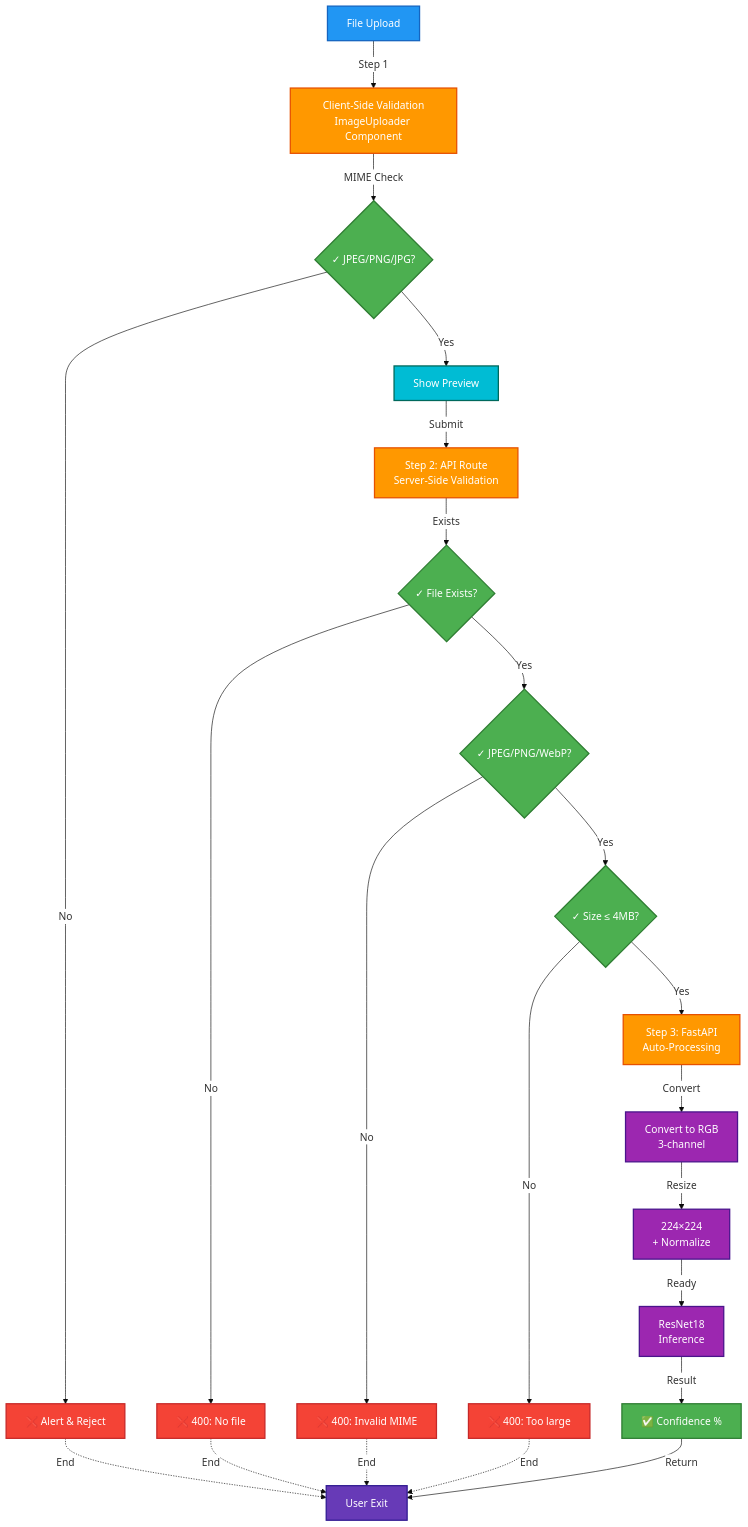
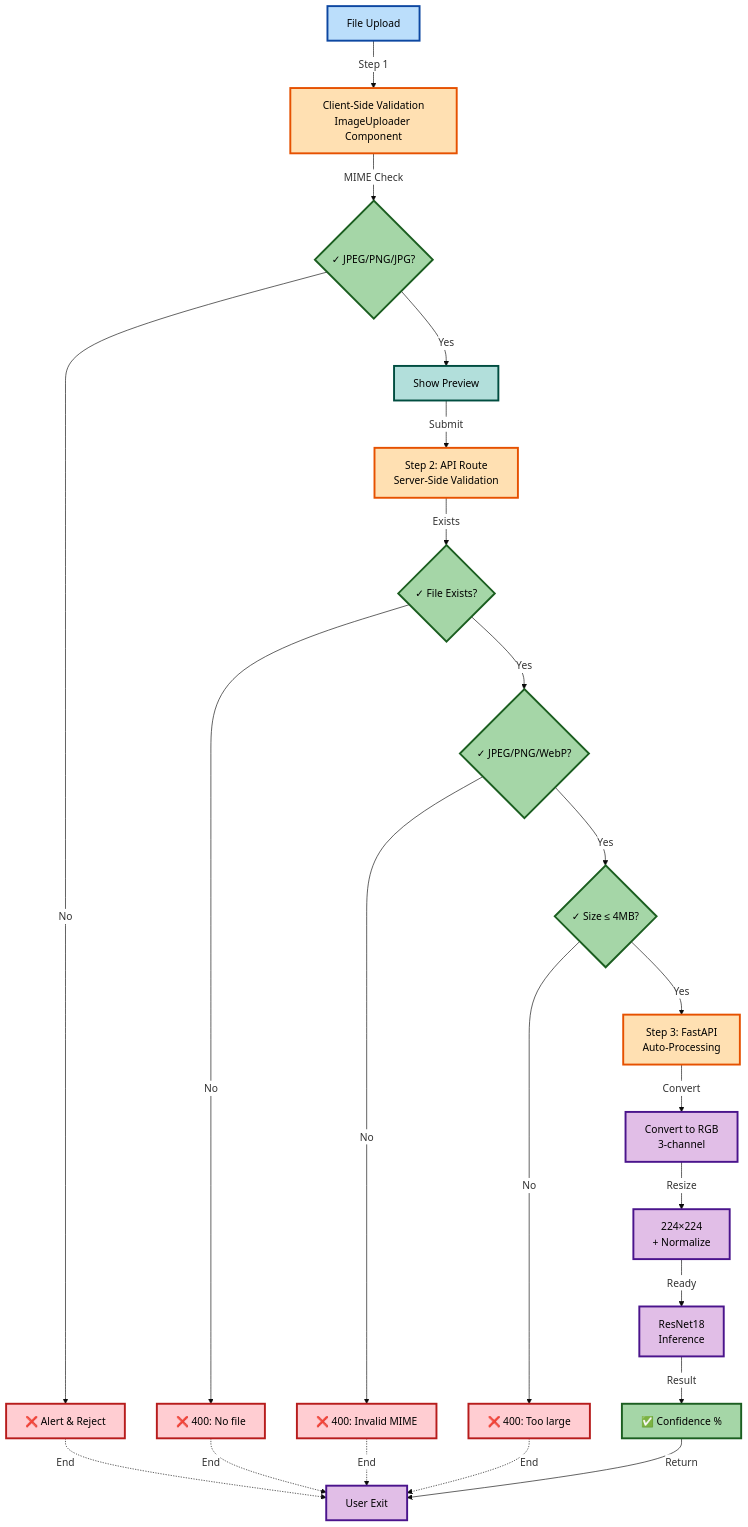
The fifth of 9 diagrams in DOCUMENTATION.md (itssmdsh/MediScan), drawn with Mermaid before and after one commit. The commit also changed other lines of this file, not shown here.

````diff
--- a/DOCUMENTATION.md
+++ b/DOCUMENTATION.md
@@ -417,50 +417,50 @@
 ```mermaid
 %%{init: {'theme': 'base', 'themeVariables': { 'primaryColor': '#fff', 'primaryBorderColor': '#000'}}}%%
 graph TD
     Upload["File Upload"] -->|Step 1| LocalValidate["Client-Side Validation<br/>ImageUploader Component"]
     LocalValidate -->|MIME Check| AllowedMIME1{"✓ JPEG/PNG/JPG?"}
     AllowedMIME1 -->|Yes| Preview["Show Preview"]
     AllowedMIME1 -->|No| Reject1["❌ Alert & Reject"]
     
     Preview -->|Submit| Step2["Step 2: API Route<br/>Server-Side Validation"]
     Reject1 -.->|End| User["User Exit"]
     
     Step2 -->|Exists| FileCheck{"✓ File Exists?"}
     FileCheck -->|No| Reject2["❌ 400: No file"]
     
     FileCheck -->|Yes| MIMECheck{"✓ JPEG/PNG/WebP?"}
     MIMECheck -->|No| Reject3["❌ 400: Invalid MIME"]
     
     MIMECheck -->|Yes| SizeCheck{"✓ Size ≤ 4MB?"}
     SizeCheck -->|No| Reject4["❌ 400: Too large"]
     
     SizeCheck -->|Yes| Step3["Step 3: FastAPI<br/>Auto-Processing"]
     Reject2 -.->|End| User
     Reject3 -.->|End| User
     Reject4 -.->|End| User
     
     Step3 -->|Convert| RGB["Convert to RGB<br/>3-channel"]
     RGB -->|Resize| Normalize["224×224<br/>+ Normalize"]
     Normalize -->|Ready| Model["ResNet18<br/>Inference"]
     Model -->|Result| Success["✅ Confidence %"]
     Success -->|Return| User
     
-    style AllowedMIME1 fill:#4caf50,stroke:#2e7d32,stroke-width:2px,color:#fff
-    style FileCheck fill:#4caf50,stroke:#2e7d32,stroke-width:2px,color:#fff
-    style MIMECheck fill:#4caf50,stroke:#2e7d32,stroke-width:2px,color:#fff
-    style SizeCheck fill:#4caf50,stroke:#2e7d32,stroke-width:2px,color:#fff
-    style Reject1 fill:#f44336,stroke:#c62828,stroke-width:2px,color:#fff
-    style Reject2 fill:#f44336,stroke:#c62828,stroke-width:2px,color:#fff
-    style Reject3 fill:#f44336,stroke:#c62828,stroke-width:2px,color:#fff
-    style Reject4 fill:#f44336,stroke:#c62828,stroke-width:2px,color:#fff
-    style Success fill:#4caf50,stroke:#2e7d32,stroke-width:2px,color:#fff
-    style Upload fill:#2196f3,stroke:#1565c0,stroke-width:2px,color:#fff
-    style LocalValidate fill:#ff9800,stroke:#e65100,stroke-width:2px,color:#fff
-    style Step2 fill:#ff9800,stroke:#e65100,stroke-width:2px,color:#fff
-    style Step3 fill:#ff9800,stroke:#e65100,stroke-width:2px,color:#fff
-    style Preview fill:#00bcd4,stroke:#00695c,stroke-width:2px,color:#fff
-    style RGB fill:#9c27b0,stroke:#4a148c,stroke-width:2px,color:#fff
-    style Normalize fill:#9c27b0,stroke:#4a148c,stroke-width:2px,color:#fff
-    style Model fill:#9c27b0,stroke:#4a148c,stroke-width:2px,color:#fff
-    style User fill:#673ab7,stroke:#311b92,stroke-width:2px,color:#fff
+    style AllowedMIME1 fill:#a5d6a7,stroke:#1b5e20,stroke-width:3px,color:#000
+    style FileCheck fill:#a5d6a7,stroke:#1b5e20,stroke-width:3px,color:#000
+    style MIMECheck fill:#a5d6a7,stroke:#1b5e20,stroke-width:3px,color:#000
+    style SizeCheck fill:#a5d6a7,stroke:#1b5e20,stroke-width:3px,color:#000
+    style Reject1 fill:#ffcdd2,stroke:#b71c1c,stroke-width:3px,color:#000
+    style Reject2 fill:#ffcdd2,stroke:#b71c1c,stroke-width:3px,color:#000
+    style Reject3 fill:#ffcdd2,stroke:#b71c1c,stroke-width:3px,color:#000
+    style Reject4 fill:#ffcdd2,stroke:#b71c1c,stroke-width:3px,color:#000
+    style Success fill:#a5d6a7,stroke:#1b5e20,stroke-width:3px,color:#000
+    style Upload fill:#bbdefb,stroke:#0d47a1,stroke-width:3px,color:#000
+    style LocalValidate fill:#ffe0b2,stroke:#e65100,stroke-width:3px,color:#000
+    style Step2 fill:#ffe0b2,stroke:#e65100,stroke-width:3px,color:#000
+    style Step3 fill:#ffe0b2,stroke:#e65100,stroke-width:3px,color:#000
+    style Preview fill:#b2dfdb,stroke:#004d40,stroke-width:3px,color:#000
+    style RGB fill:#e1bee7,stroke:#4a148c,stroke-width:3px,color:#000
+    style Normalize fill:#e1bee7,stroke:#4a148c,stroke-width:3px,color:#000
+    style Model fill:#e1bee7,stroke:#4a148c,stroke-width:3px,color:#000
+    style User fill:#e1bee7,stroke:#4a148c,stroke-width:3px,color:#000
 ```
````
